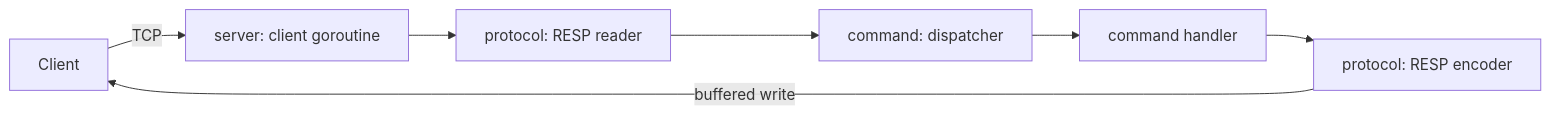
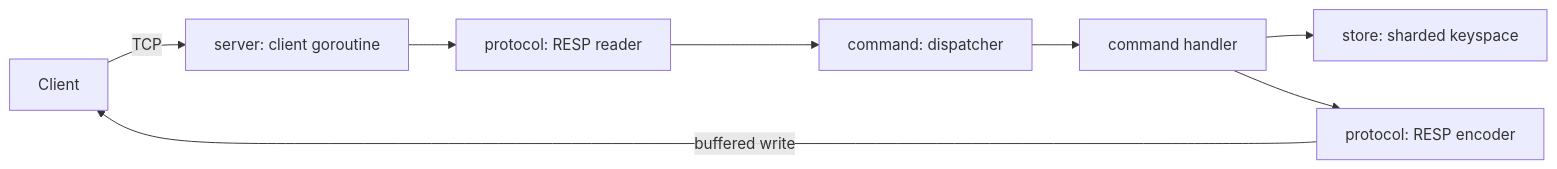
Before and after one commit to solenova0/Redis-Clone: the diagram in README.md, drawn with Mermaid. The commit also changed other lines of this file and 9 other files, not shown here.

````diff
--- a/README.md
+++ b/README.md
@@ -18,9 +19,10 @@
 ```mermaid
 flowchart LR
     Client -->|TCP| Conn[server: client goroutine]
     Conn --> Parser[protocol: RESP reader]
     Parser --> Dispatcher[command: dispatcher]
     Dispatcher --> Handler[command handler]
+    Handler --> Store[store: sharded keyspace]
     Handler --> Encoder[protocol: RESP encoder]
     Encoder -->|buffered write| Client
 ```
````
